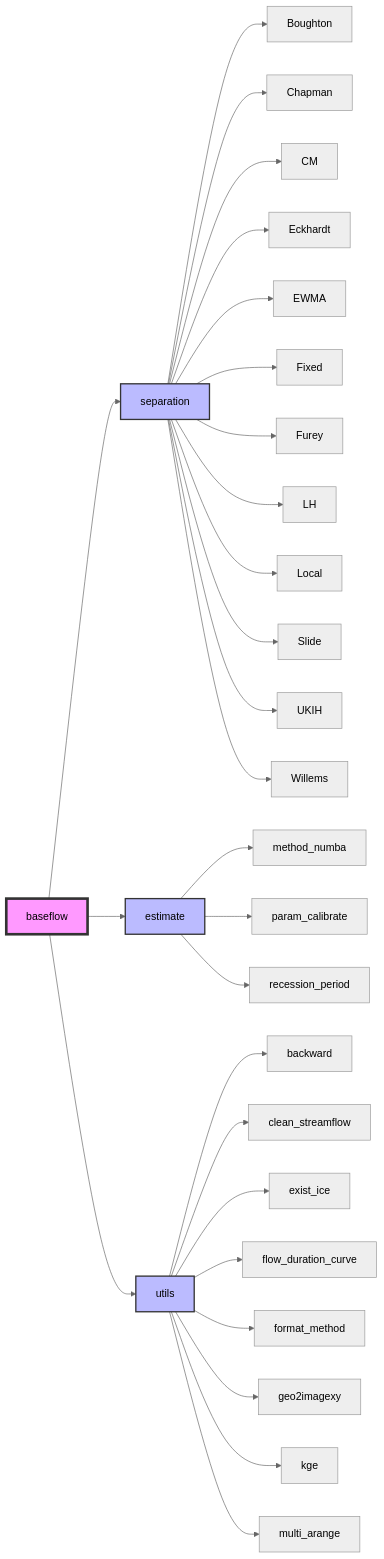
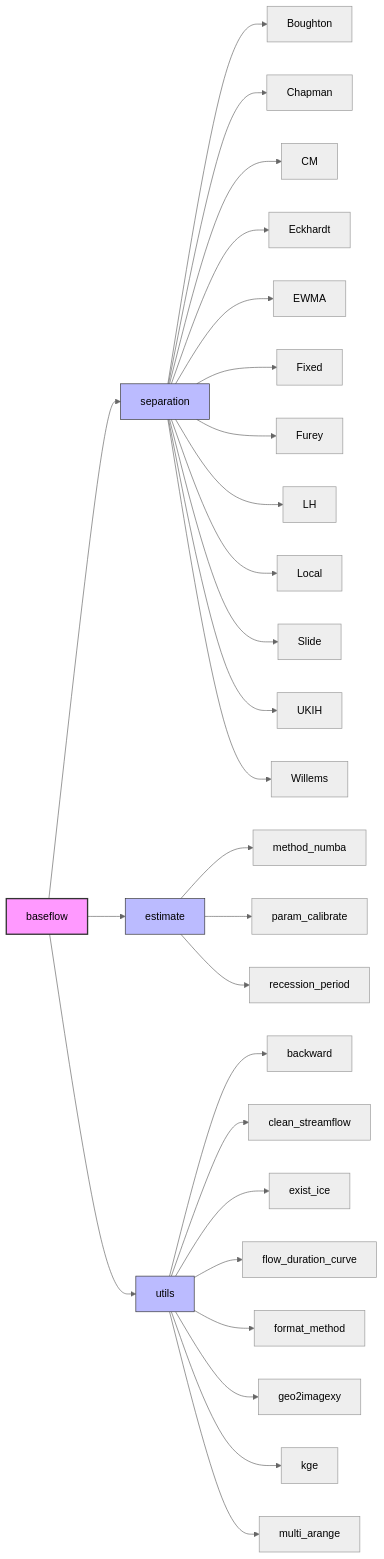
The diagram in docs/index.md (BYU-Hydroinformatics/baseflow), drawn with Mermaid (neutral theme) before and after one commit. The commit also changed other lines of this file, not shown here.

Commit message:
change the format of citation (italic)

````diff
--- a/docs/index.md
+++ b/docs/index.md
@@ -47,39 +47,39 @@
 ```mermaid
 graph LR
-    style A fill:#f9f,stroke:#333,stroke-width:4px;
-    style B fill:#bbf,stroke:#333,stroke-width:2px;
-    style C fill:#bbf,stroke:#333,stroke-width:2px;
-    style D fill:#bbf,stroke:#333,stroke-width:2px;
+    style A fill:#f9f,stroke:#333,stroke-width:2px;
+    style B fill:#bbf,stroke:#333,stroke-width:1px;
+    style C fill:#bbf,stroke:#333,stroke-width:1px;
+    style D fill:#bbf,stroke:#333,stroke-width:1px;
 
 
     A[baseflow] --> B[separation]
     A --> C[estimate]
     A --> D[utils]
 
 
     B --> B1[Boughton]
     B --> B2[Chapman]
     B --> B3[CM]
     B --> B4[Eckhardt]
     B --> B5[EWMA]
     B --> B6[Fixed]
     B --> B7[Furey]
     B --> B8[LH]
     B --> B9[Local]
     B --> B10[Slide]
     B --> B11[UKIH]
     B --> B12[Willems]
     
     C --> C1[method_numba]
     C --> C2[param_calibrate]
     C --> C3[recession_period]
 
     D --> D1[backward]
     D --> D2[clean_streamflow]
     D --> D3[exist_ice]
     D --> D4[flow_duration_curve]
     D --> D5[format_method]
     D --> D6[geo2imagexy]
     D --> D7[kge]
     D --> D8[multi_arange]
 ```
````
